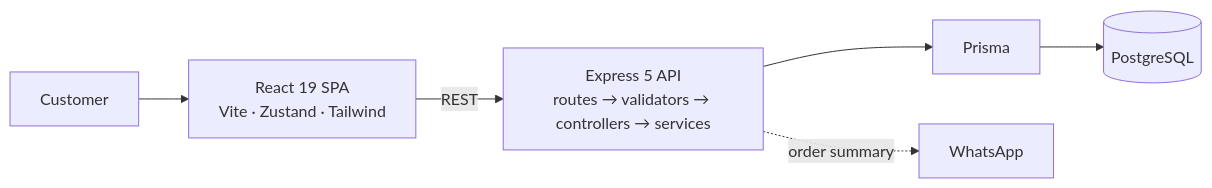
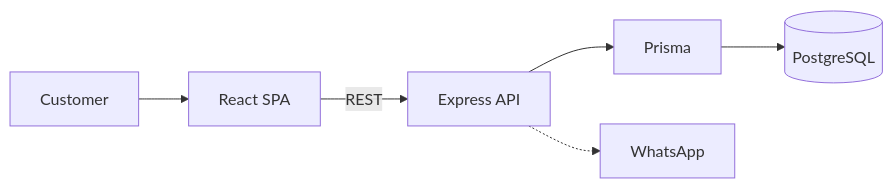
The second of 2 diagrams in README.md (sebastianjaimesr/sebastianjaimesr), drawn with Mermaid before and after one commit. The commit also changed other lines of this file, not shown here.

First line of the commit message:
docs(profile): fix badge contrast, compact diagrams, hide stats rank

````diff
--- a/README.md
+++ b/README.md
@@ -82,7 +78,7 @@
 ```mermaid
 flowchart LR
-    U["Customer"] --> FE["React 19 SPA<br/>Vite · Zustand · Tailwind"]
-    FE -->|REST| API["Express 5 API<br/>routes → validators → controllers → services"]
+    U["Customer"] --> FE["React SPA"]
+    FE -->|REST| API["Express API"]
     API --> P["Prisma"] --> DB[("PostgreSQL")]
-    API -.->|order summary| W["WhatsApp"]
+    API -.-> W["WhatsApp"]
 ```
````
